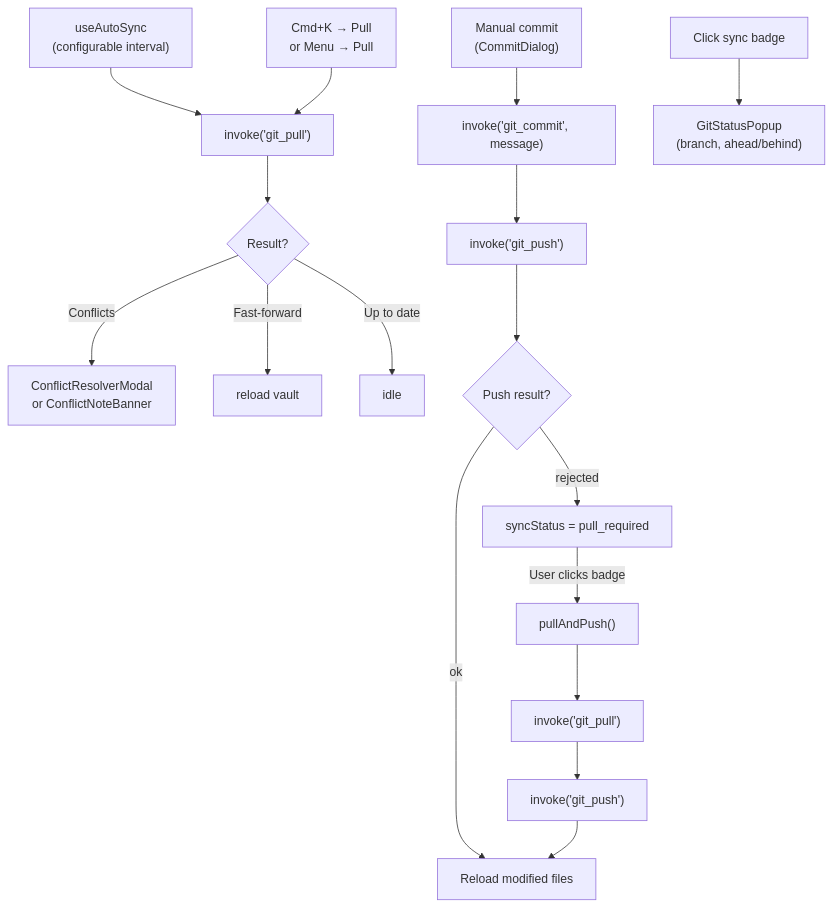
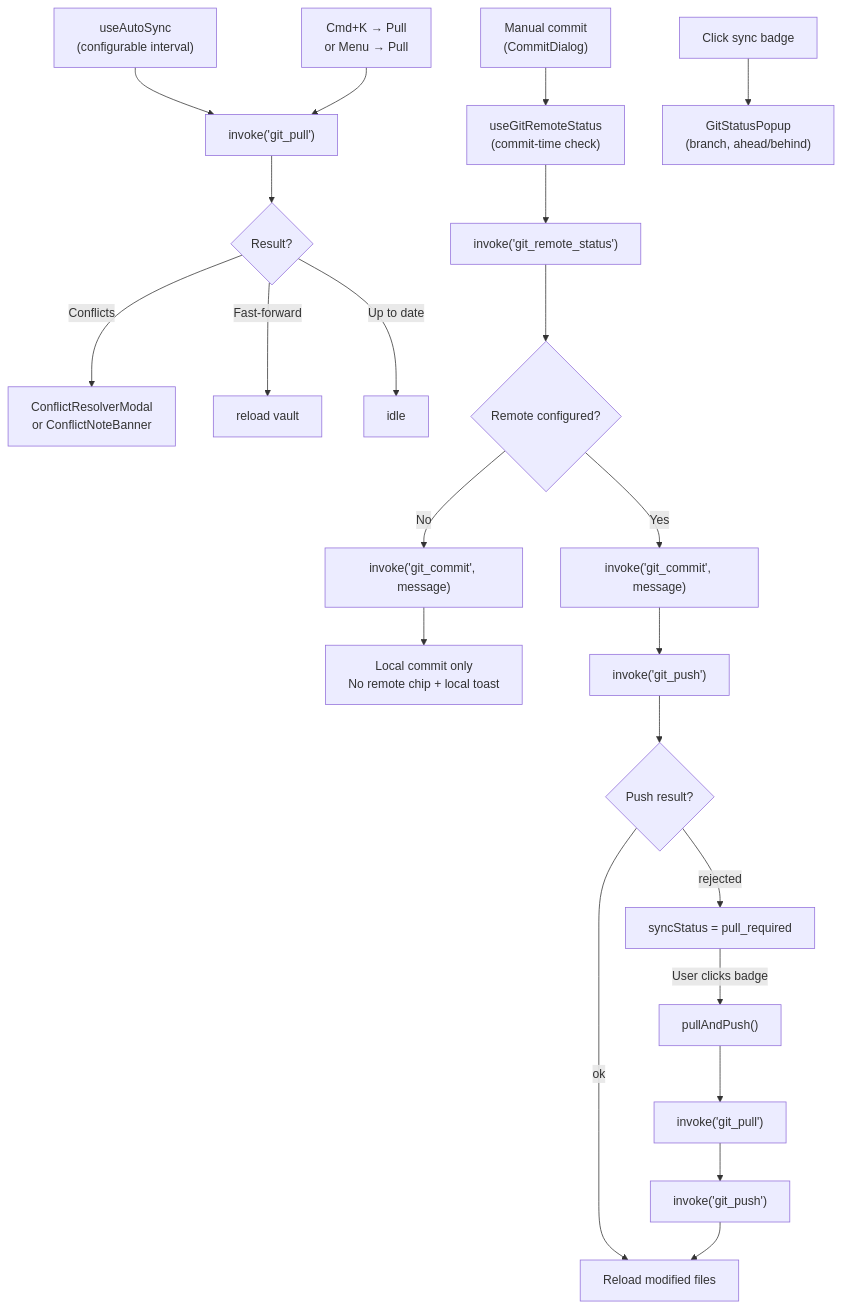
One commit to aimeritething/Fuwa changed the ninth of 10 diagrams in docs/ARCHITECTURE.md. Above: the diagram before and after it, drawn with Mermaid. The commit also changed other lines of this file and 13 other files, not shown here.

Commit message:
feat: support local-only git commits without remotes

````diff
--- a/docs/ARCHITECTURE.md
+++ b/docs/ARCHITECTURE.md
@@ -517,21 +517,26 @@
 ```mermaid
 flowchart TD
     AS["useAutoSync\n(configurable interval)"] --> PULL["invoke('git_pull')"]
     PULL --> PC{Result?}
     PC -->|Conflicts| CM["ConflictResolverModal\nor ConflictNoteBanner"]
     PC -->|Fast-forward| RV["reload vault"]
     PC -->|Up to date| DONE["idle"]
 
-    MAN["Manual commit\n(CommitDialog)"] --> GC["invoke('git_commit', message)"]
-    GC --> GP["invoke('git_push')"]
+    MAN["Manual commit\n(CommitDialog)"] --> RS["useGitRemoteStatus\n(commit-time check)"]
+    RS --> RCHK["invoke('git_remote_status')"]
+    RCHK --> RMODE{Remote configured?}
+    RMODE -->|No| GC["invoke('git_commit', message)"]
+    GC --> LOCAL["Local commit only\nNo remote chip + local toast"]
+    RMODE -->|Yes| GC2["invoke('git_commit', message)"]
+    GC2 --> GP["invoke('git_push')"]
     GP --> PR{Push result?}
     PR -->|ok| RM["Reload modified files"]
     PR -->|rejected| DIV["syncStatus = pull_required"]
     DIV -->|User clicks badge| PAP["pullAndPush()"]
     PAP --> PULL2["invoke('git_pull')"]
     PULL2 --> GP2["invoke('git_push')"]
     GP2 --> RM
 
     CMD["Cmd+K → Pull\nor Menu → Pull"] --> PULL
     STATUS["Click sync badge"] --> POPUP["GitStatusPopup\n(branch, ahead/behind)"]
 ```
````
